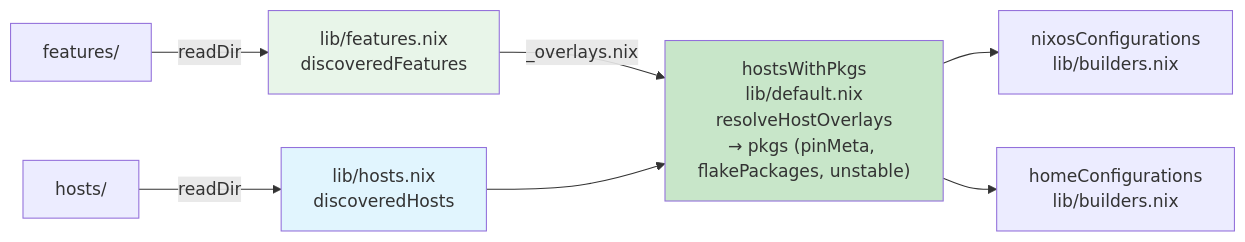
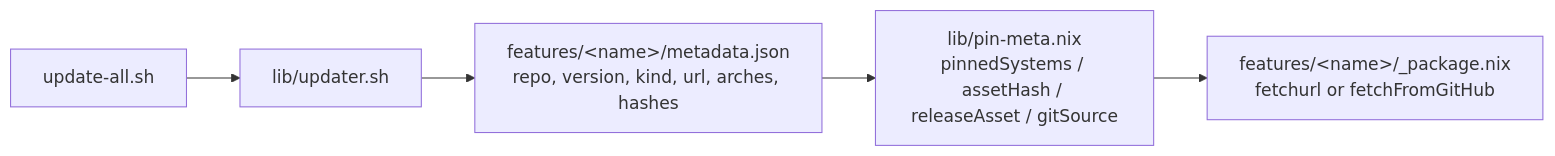
The sixth of 8 diagrams in DESIGN.md (WombatFromHell/automatic-palm-tree), drawn with Mermaid before and after one commit. The commit also changed other lines of this file and 46 other files, not shown here.

````diff
--- a/DESIGN.md
+++ b/DESIGN.md
@@ -232,13 +130,7 @@
 ```mermaid
-graph LR
-    hosts["hosts/"] -- readDir --> disc["lib/hosts.nix\ndiscoveredHosts"]
-    features["features/"] -- readDir --> featMap["lib/features.nix\ndiscoveredFeatures"]
-    featMap -- "_overlays.nix" --> hostsWithPkgs["hostsWithPkgs\nlib/default.nix\nresolveHostOverlays\n→ pkgs (pinMeta, flakePackages, unstable)"]
-    disc --> hostsWithPkgs
-    hostsWithPkgs --> nixosOut["nixosConfigurations\nlib/builders.nix"]
-    hostsWithPkgs --> hmOut["homeConfigurations\nlib/builders.nix"]
-
-    style disc fill:#e1f5fe
-    style featMap fill:#e8f5e9
-    style hostsWithPkgs fill:#c8e6c9
+flowchart LR
+  J["features/&lt;name&gt;/metadata.json<br/>repo, version, kind, url, arches, hashes"] --> P["lib/pin-meta.nix<br/>pinnedSystems / assetHash / releaseAsset / gitSource"]
+  P --> K["features/&lt;name&gt;/_package.nix<br/>fetchurl or fetchFromGitHub"]
+  U["lib/updater.sh"] --> J
+  U2["update-all.sh"] --> U
 ```
````
